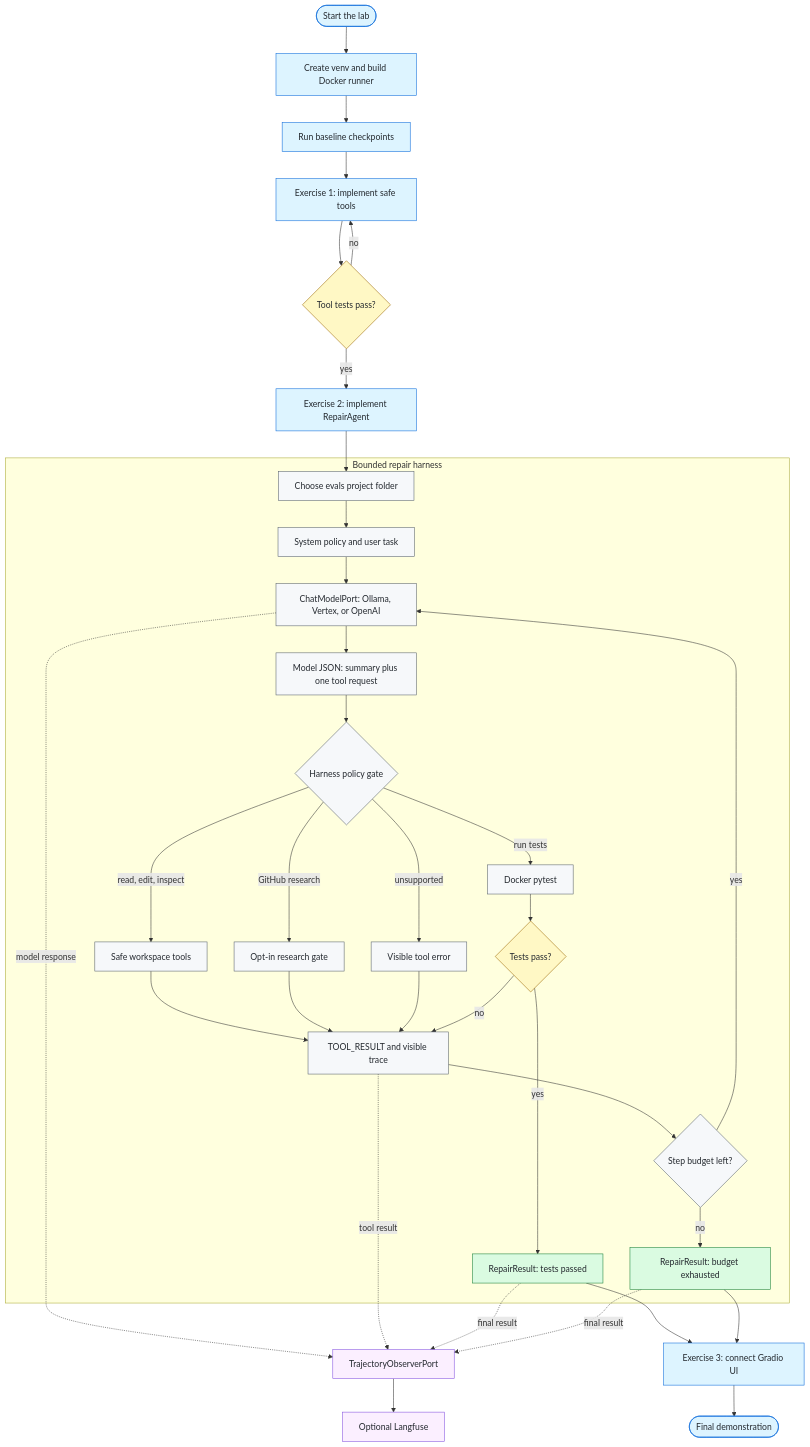
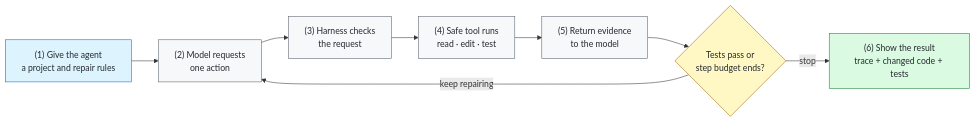
Before and after one commit to ForgettaAnthony/coding-agent-lab: the third of 3 diagrams in README.md, drawn with Mermaid. The commit also changed other lines of this file, not shown here.

Commit message:
docs: simplify agent harness diagram

````diff
--- a/README.md
+++ b/README.md
@@ -185,51 +185,23 @@
 ```mermaid
-flowchart TD
-    start([Start the lab]) --> setup[Create venv and build Docker runner]
-    setup --> baseline[Run baseline checkpoints]
-    baseline --> tools[Exercise 1: implement safe tools]
-    tools --> tools_check{Tool tests pass?}
-    tools_check -- no --> tools
-    tools_check -- yes --> agent[Exercise 2: implement RepairAgent]
+flowchart LR
+    task["(1) Give the agent<br/>a project and repair rules"]
+    model["(2) Model requests<br/>one action"]
+    check["(3) Harness checks<br/>the request"]
+    tool["(4) Safe tool runs<br/>read · edit · test"]
+    evidence["(5) Return evidence<br/>to the model"]
+    stop{"Tests pass or<br/>step budget ends?"}
+    result["(6) Show the result<br/>trace + changed code + tests"]
 
-    subgraph harness[Bounded repair harness]
-        case[Choose evals project folder] --> context[System policy and user task]
-        context --> model[ChatModelPort: Ollama, Vertex, or OpenAI]
-        model --> action[Model JSON: summary plus one tool request]
-        action --> dispatch{Harness policy gate}
-        dispatch -- read, edit, inspect --> workspace[Safe workspace tools]
-        dispatch -- run tests --> pytest[Docker pytest]
-        dispatch -- GitHub research --> research[Opt-in research gate]
-        dispatch -- unsupported --> rejected[Visible tool error]
-        workspace --> observation[TOOL_RESULT and visible trace]
-        research --> observation
-        rejected --> observation
-        pytest --> passed{Tests pass?}
-        passed -- no --> observation
-        observation --> budget{Step budget left?}
-        budget -- yes --> model
-        budget -- no --> unfinished[RepairResult: budget exhausted]
-        passed -- yes --> repaired[RepairResult: tests passed]
-    end
+    task --> model --> check --> tool --> evidence --> stop
+    stop -- keep repairing --> model
+    stop -- stop --> result
 
-    agent --> case
-    model -. model response .-> trace[TrajectoryObserverPort]
-    observation -. tool result .-> trace
-    repaired -. final result .-> trace
-    unfinished -. final result .-> trace
-    trace --> langfuse[Optional Langfuse]
-
-    repaired --> ui[Exercise 3: connect Gradio UI]
-    unfinished --> ui
-    ui --> demo([Final demonstration])
-
-    classDef student fill:#ddf4ff,stroke:#0969da,color:#24292f
-    classDef harnessNode fill:#f6f8fa,stroke:#57606a,color:#24292f
+    classDef input fill:#ddf4ff,stroke:#0969da,color:#24292f
+    classDef loop fill:#f6f8fa,stroke:#57606a,color:#24292f
     classDef decision fill:#fff8c5,stroke:#9a6700,color:#24292f
-    classDef result fill:#dafbe1,stroke:#1a7f37,color:#24292f
-    classDef optional fill:#fbefff,stroke:#8250df,color:#24292f
-    class start,setup,baseline,tools,agent,ui,demo student
-    class case,context,model,action,dispatch,workspace,pytest,research,rejected,observation,budget harnessNode
-    class tools_check,passed decision
-    class repaired,unfinished result
-    class trace,langfuse optional
+    classDef outcome fill:#dafbe1,stroke:#1a7f37,color:#24292f
+    class task input
+    class model,check,tool,evidence loop
+    class stop decision
+    class result outcome
 ```
````
